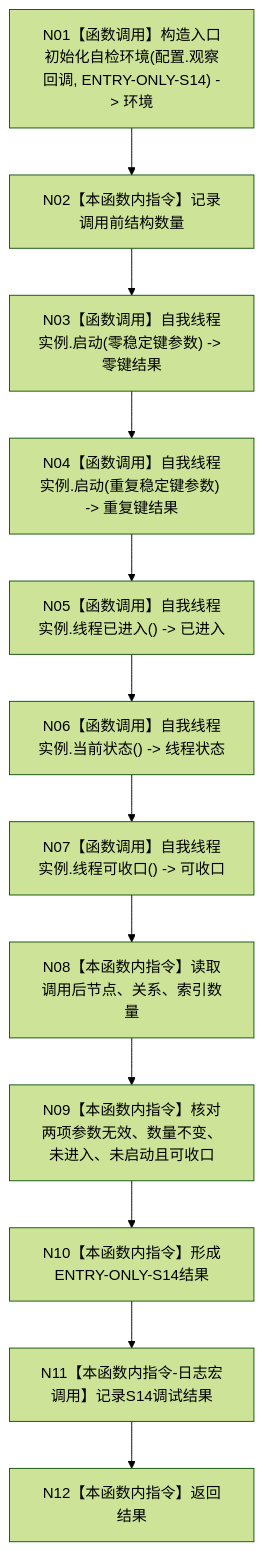
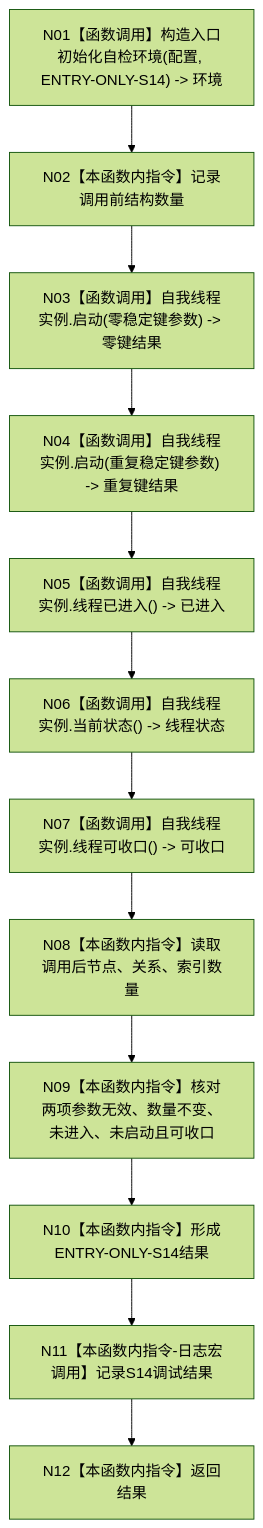
The diagram in 流程图/20260726_ENTRY-ONLY_S14_自我线程无效参数拒绝与生命周期_施工流程图_v0.1.md (chunhaizh-cyber/HY-Ego), drawn with Mermaid (forest theme) before and after one commit. The commit also changed other lines of this file and 51 other files, not shown here.

Commit message:
修订 ENTRY-ONLY 登记设计合同

````diff
--- a/流程图/20260726_ENTRY-ONLY_S14_自我线程无效参数拒绝与生命周期_施工流程图_v0.1.md
+++ b/流程图/20260726_ENTRY-ONLY_S14_自我线程无效参数拒绝与生命周期_施工流程图_v0.1.md
@@ -27,14 +27,14 @@
 ```mermaid
 flowchart TD
-    N01["N01【函数调用】构造入口初始化自检环境(配置.观察回调, ENTRY-ONLY-S14) -> 环境"] --> N02["N02【本函数内指令】记录调用前结构数量"]
+    N01["N01【函数调用】构造入口初始化自检环境(配置, ENTRY-ONLY-S14) -> 环境"] --> N02["N02【本函数内指令】记录调用前结构数量"]
     N02 --> N03["N03【函数调用】自我线程实例.启动(零稳定键参数) -> 零键结果"]
     N03 --> N04["N04【函数调用】自我线程实例.启动(重复稳定键参数) -> 重复键结果"]
     N04 --> N05["N05【函数调用】自我线程实例.线程已进入() -> 已进入"]
     N05 --> N06["N06【函数调用】自我线程实例.当前状态() -> 线程状态"]
     N06 --> N07["N07【函数调用】自我线程实例.线程可收口() -> 可收口"]
     N07 --> N08["N08【本函数内指令】读取调用后节点、关系、索引数量"]
     N08 --> N09["N09【本函数内指令】核对两项参数无效、数量不变、未进入、未启动且可收口"]
     N09 --> N10["N10【本函数内指令】形成ENTRY-ONLY-S14结果"]
     N10 --> N11["N11【本函数内指令-日志宏调用】记录S14调试结果"]
     N11 --> N12["N12【本函数内指令】返回结果"]
 ```
````
